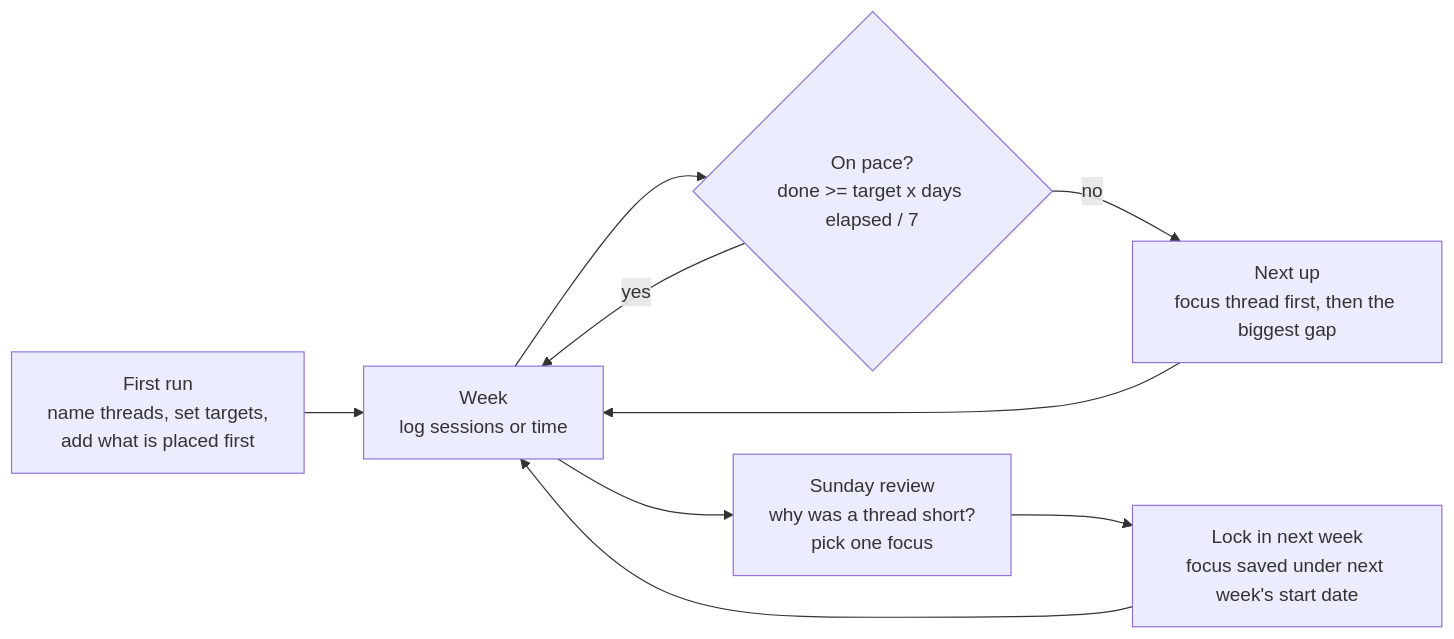
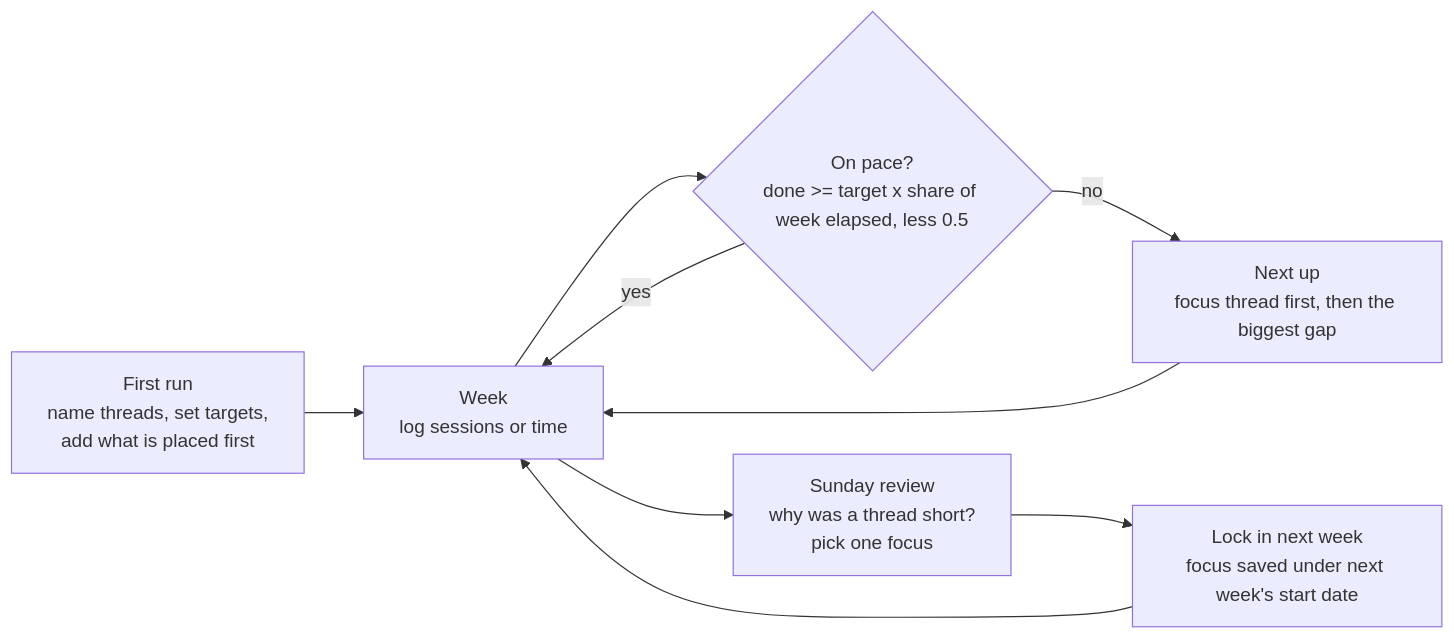
One commit to grahamdeno/threads changed the second of 2 diagrams in docs/ARCHITECTURE.md. Above: the diagram before and after it, drawn with Mermaid. The commit also changed other lines of this file and 9 other files, not shown here.

````diff
--- a/docs/ARCHITECTURE.md
+++ b/docs/ARCHITECTURE.md
@@ -66,11 +67,11 @@
 ```mermaid
 flowchart LR
     setup["First run<br/>name threads, set targets,<br/>add what is placed first"] --> wk
-    wk["Week<br/>log sessions or time"] --> pace{"On pace?<br/>done >= target x days elapsed / 7"}
+    wk["Week<br/>log sessions or time"] --> pace{"On pace?<br/>done >= target x share of week elapsed, less 0.5"}
     pace -- no --> nextup["Next up<br/>focus thread first, then the biggest gap"]
     pace -- yes --> wk
     nextup --> wk
     wk --> rev["Sunday review<br/>why was a thread short?<br/>pick one focus"]
     rev --> lock["Lock in next week<br/>focus saved under next week's start date"]
     lock --> wk
 ```
````
